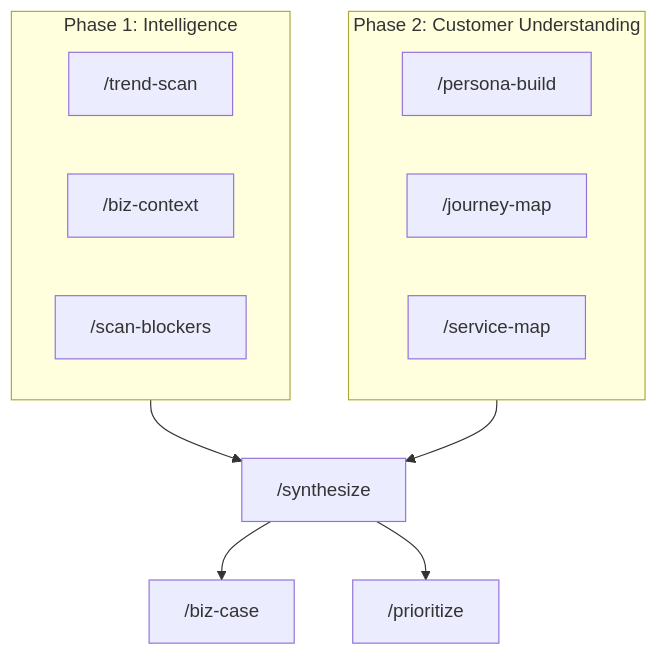
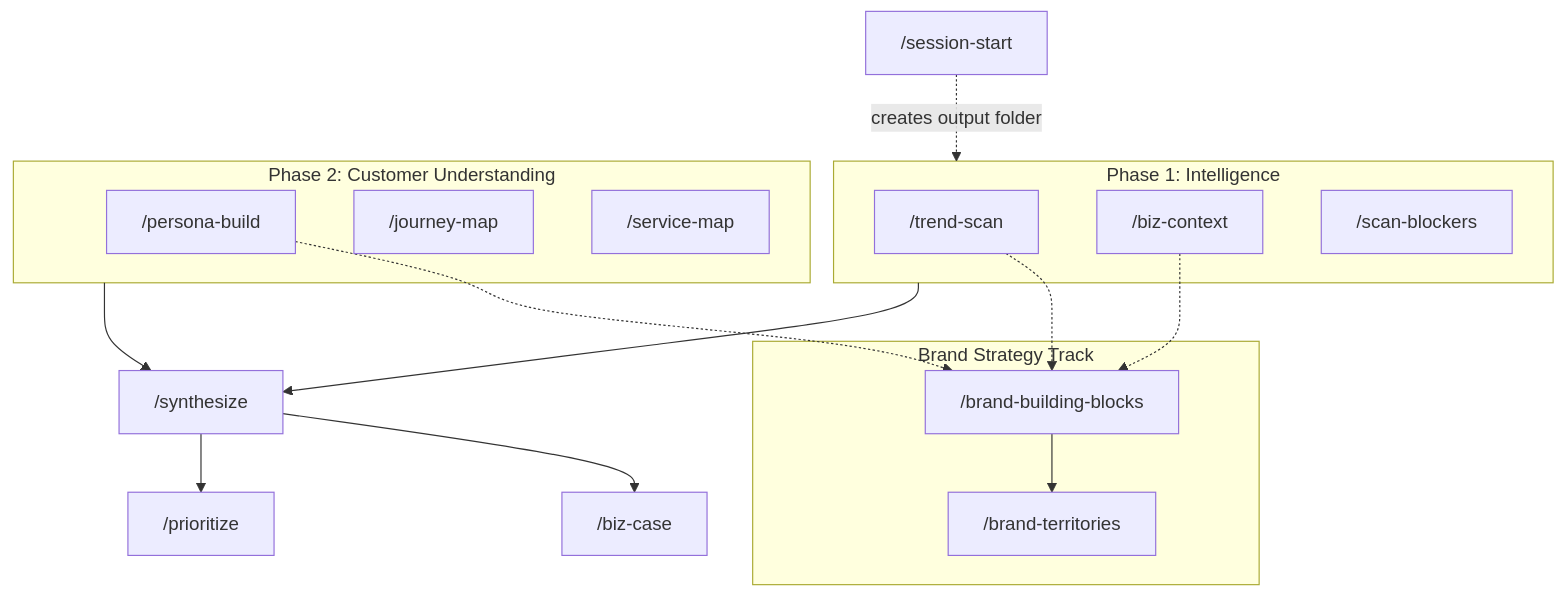
One commit to kenanali/Kstack changed the diagram in README.md. Above: the diagram before and after it, drawn with Mermaid. The commit also changed other lines of this file and 14 other files, not shown here.

First line of the commit message:
Add session management, unified output system, and disclaimer/credit to all skills

````diff
--- a/README.md
+++ b/README.md
@@ -17,17 +17,26 @@
 ```mermaid
 flowchart TD
+    ss["/session-start"] -.->|"creates output folder"| P1
+
     subgraph P1["Phase 1: Intelligence"]
         ts["/trend-scan"]
         bc["/biz-context"]
         sb["/scan-blockers"]
     end
     subgraph P2["Phase 2: Customer Understanding"]
         pb["/persona-build"]
         jm["/journey-map"]
         sm["/service-map"]
     end
     P1 --> syn["/synthesize"]
     P2 --> syn
     syn --> biz["/biz-case"]
     syn --> pri["/prioritize"]
+
+    subgraph Brand["Brand Strategy Track"]
+        bbb["/brand-building-blocks"] --> bt["/brand-territories"]
+    end
+    pb -.-> bbb
+    bc -.-> bbb
+    ts -.-> bbb
 ```
````
